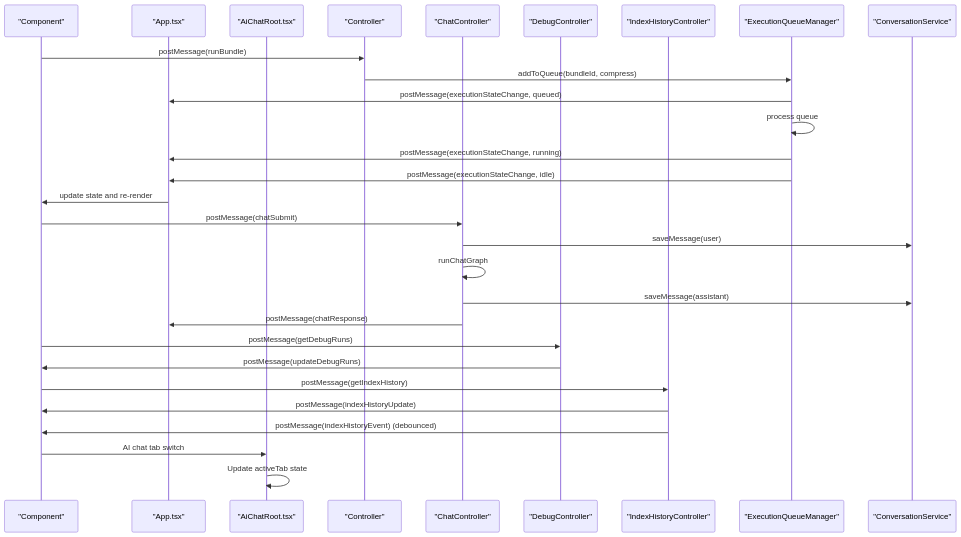
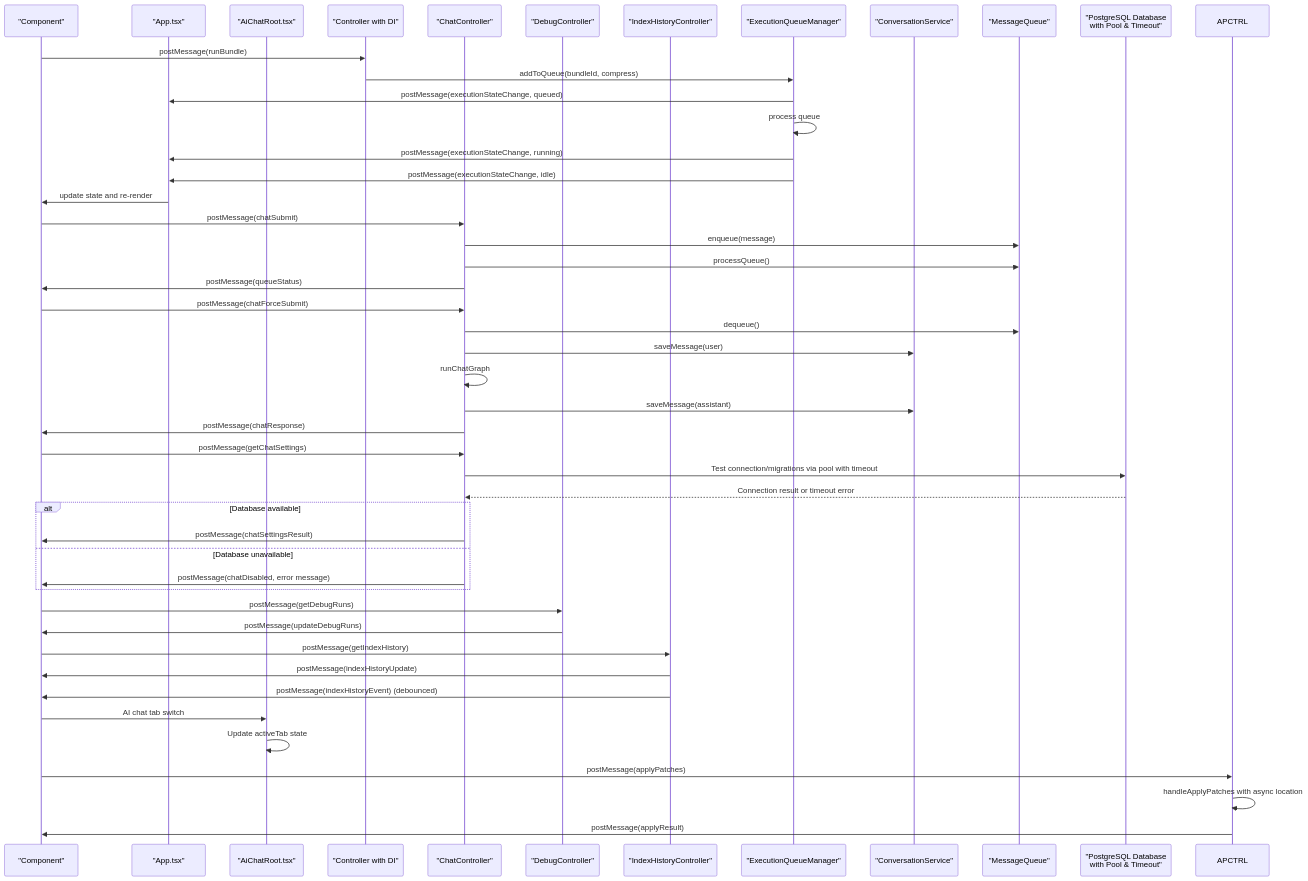
Before and after one commit to bramburn/repomix-runner: the seventh of 18 diagrams in .qoder/repowiki/en/content/Webview Interface/Webview Interface.md, drawn with Mermaid. The commit also changed other lines of this file and 27 other files, not shown here.

````diff
--- a/.qoder/repowiki/en/content/Webview Interface/Webview Interface.md
+++ b/.qoder/repowiki/en/content/Webview Interface/Webview Interface.md
@@ -486,31 +634,49 @@
 ```mermaid
 sequenceDiagram
 participant UI as "Component"
 participant APP as "App.tsx"
 participant AICHROOT as "AiChatRoot.tsx"
-participant CTRL as "Controller"
+participant CTRL as "Controller with DI"
 participant CHCTRL as "ChatController"
 participant DCTRL as "DebugController"
 participant IHCTRL as "IndexHistoryController"
 participant EQM as "ExecutionQueueManager"
 participant CONV as "ConversationService"
+participant QUEUE as "MessageQueue"
+participant DB as "PostgreSQL Database<br/>with Pool & Timeout"
 UI->>CTRL : postMessage(runBundle)
 CTRL->>EQM : addToQueue(bundleId, compress)
 EQM->>APP : postMessage(executionStateChange, queued)
 EQM->>EQM : process queue
 EQM->>APP : postMessage(executionStateChange, running)
 EQM->>APP : postMessage(executionStateChange, idle)
 APP->>UI : update state and re-render
 UI->>CHCTRL : postMessage(chatSubmit)
+CHCTRL->>QUEUE : enqueue(message)
+CHCTRL->>QUEUE : processQueue()
+CHCTRL->>UI : postMessage(queueStatus)
+UI->>CHCTRL : postMessage(chatForceSubmit)
+CHCTRL->>QUEUE : dequeue()
 CHCTRL->>CONV : saveMessage(user)
 CHCTRL->>CHCTRL : runChatGraph
 CHCTRL->>CONV : saveMessage(assistant)
-CHCTRL->>APP : postMessage(chatResponse)
+CHCTRL->>UI : postMessage(chatResponse)
+UI->>CHCTRL : postMessage(getChatSettings)
+CHCTRL->>DB : Test connection/migrations via pool with timeout
+DB-->>CHCTRL : Connection result or timeout error
+alt Database available
+CHCTRL->>UI : postMessage(chatSettingsResult)
+else Database unavailable
+CHCTRL->>UI : postMessage(chatDisabled, error message)
+end
 UI->>DCTRL : postMessage(getDebugRuns)
 DCTRL->>UI : postMessage(updateDebugRuns)
 UI->>IHCTRL : postMessage(getIndexHistory)
 IHCTRL->>UI : postMessage(indexHistoryUpdate)
 IHCTRL->>UI : postMessage(indexHistoryEvent) (debounced)
 UI->>AICHROOT : AI chat tab switch
 AICHROOT->>AICHROOT : Update activeTab state
+UI->>APCTRL : postMessage(applyPatches)
+APCTRL->>APCTRL : handleApplyPatches with async location
+APCTRL->>UI : postMessage(applyResult)
 ```
````
